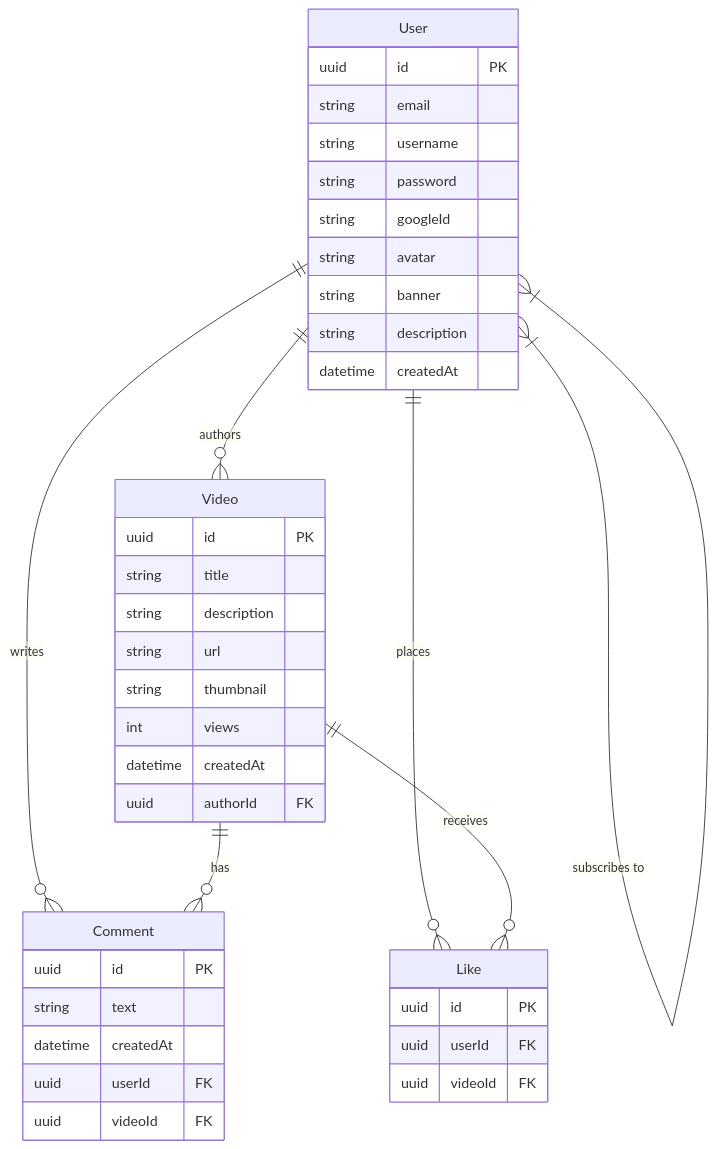
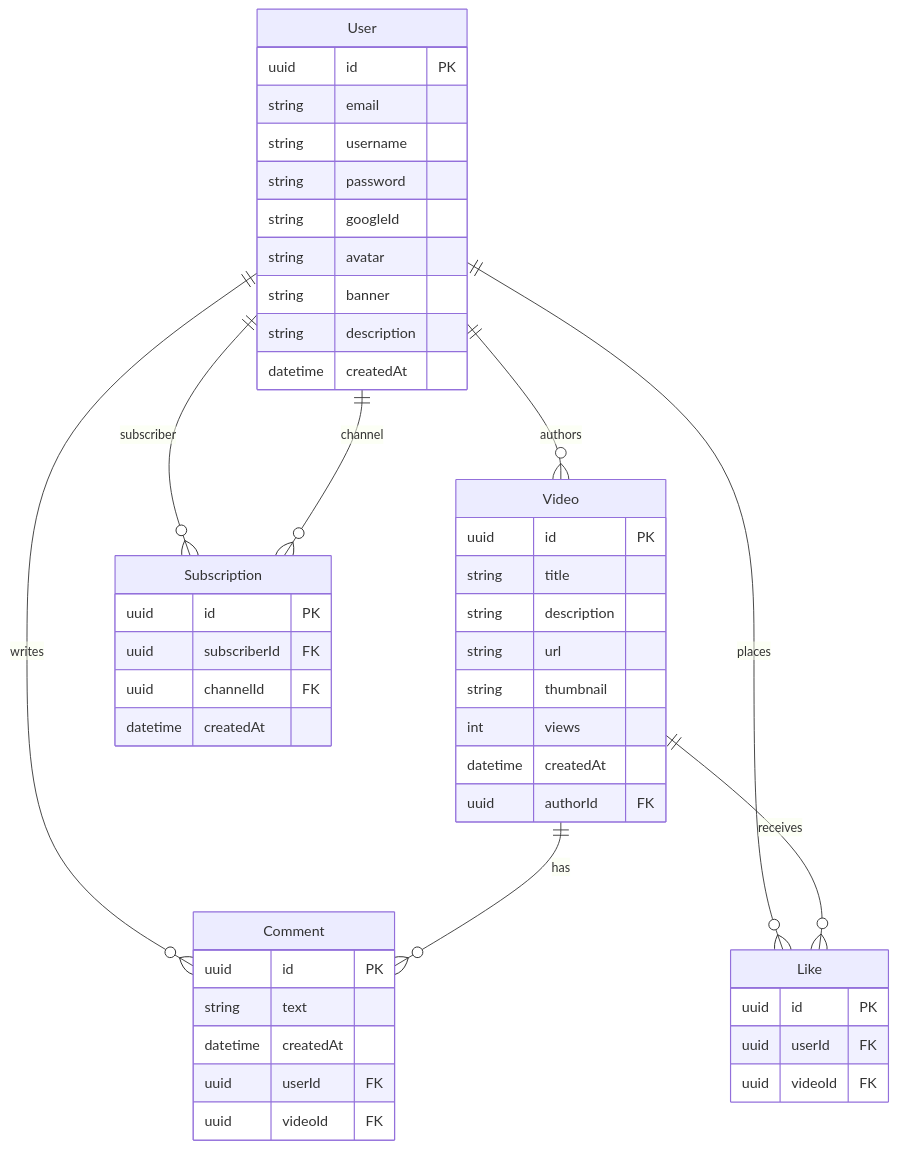
Before and after one commit to ezpectus/kpi2__Mavpz-Labs: the diagram in Labs/lab1-er/model/er.mmd, drawn with Mermaid.

Commit message:
lab1: fix - subscription as associative entity + unique note

```diff
--- a/Labs/lab1-er/model/er.mmd
+++ b/Labs/lab1-er/model/er.mmd
@@ -1,44 +1,57 @@
 erDiagram
     User {
         uuid id PK
         string email
         string username
         string password
         string googleId
         string avatar
         string banner
         string description
         datetime createdAt
     }
 
     Video {
         uuid id PK
         string title
         string description
         string url
         string thumbnail
         int views
         datetime createdAt
         uuid authorId FK
     }
 
     Comment {
         uuid id PK
         string text
         datetime createdAt
         uuid userId FK
         uuid videoId FK
     }
 
     Like {
         uuid id PK
         uuid userId FK
         uuid videoId FK
     }
 
+    Subscription {
+        uuid id PK
+        uuid subscriberId FK
+        uuid channelId FK
+        datetime createdAt
+    }
+
     User ||--o{ Video : "authors"
     User ||--o{ Comment : "writes"
     Video ||--o{ Comment : "has"
     User ||--o{ Like : "places"
     Video ||--o{ Like : "receives"
-    User }|--|{ User : "subscribes to"
+    User ||--o{ Subscription : "subscriber"
+    User ||--o{ Subscription : "channel"
+
+    %% Unique constraints:
+    %% User: email, username, googleId
+    %% Like: (userId, videoId)
+    %% Subscription: (subscriberId, channelId)
```
